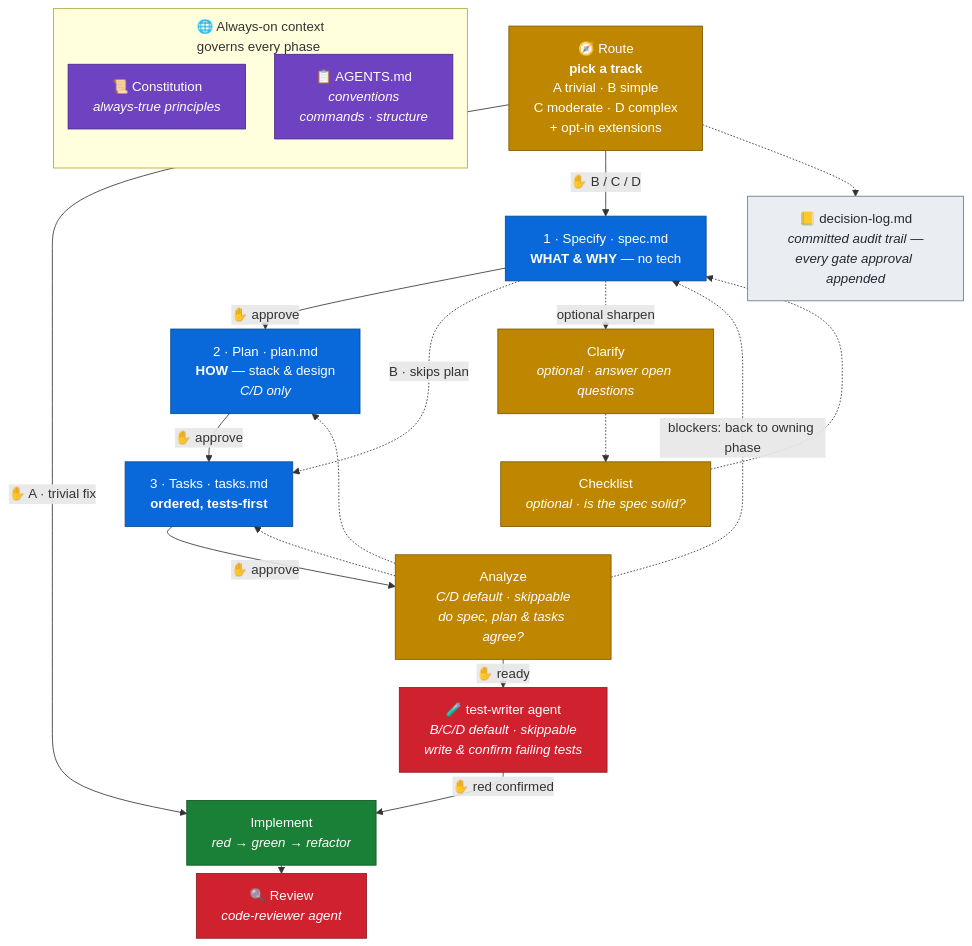
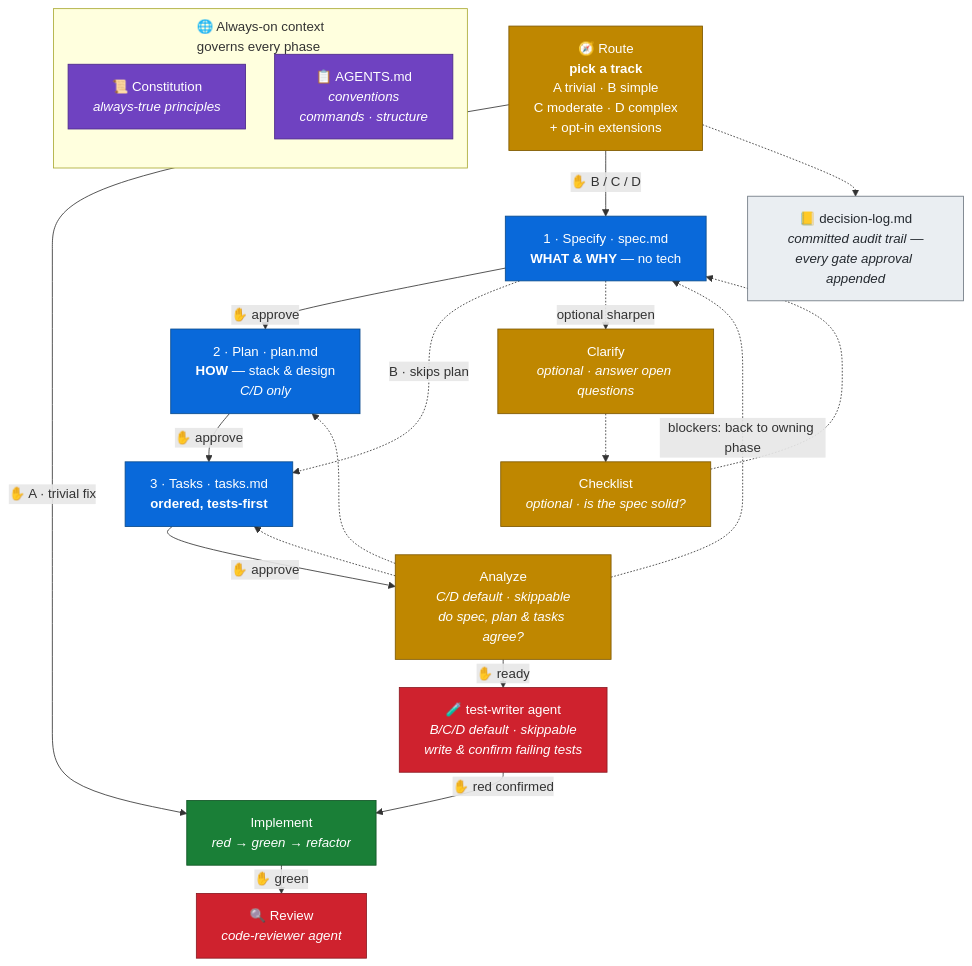
Before and after one commit to saptarshibasu/spec-driven-development: the first of 2 diagrams in README.md, drawn with Mermaid. The commit also changed other lines of this file, not shown here.

````diff
--- a/README.md
+++ b/README.md
@@ -26,40 +24,40 @@
 ```mermaid
 %%{init: {'flowchart': {'nodeSpacing': 50, 'rankSpacing': 10, 'subGraphTitleMargin': {'top': 10, 'bottom': 10}}}}%%
 flowchart TD
     subgraph CTX["🌐 Always-on context<br/>governs every phase"]
         direction LR
         K["📜 Constitution<br/><i>always-true principles</i>"]:::gov
         AGT["📋 AGENTS.md<br/><i>conventions<br/>commands · structure</i>"]:::gov
         K ~~~ AGT
     end
     RT["🧭 Route<br/><b>pick a track</b><br/>A trivial · B simple<br/>C moderate · D complex<br/>+ opt-in extensions"]:::gate
     S["1 · Specify · spec.md<br/><b>WHAT & WHY</b> — no tech"]:::phase
     CL["Clarify<br/><i>optional · answer open questions</i>"]:::gate
     CK["Checklist<br/><i>optional · is the spec solid?</i>"]:::gate
     P["2 · Plan · plan.md<br/><b>HOW</b> — stack & design<br/><i>C/D only</i>"]:::phase
     T["3 · Tasks · tasks.md<br/><b>ordered, tests-first</b>"]:::phase
     AN["Analyze<br/><i>C/D default · skippable<br/>do spec, plan & tasks agree?</i>"]:::gate
     TW["🧪 test-writer agent<br/><i>B/C/D default · skippable<br/>write & confirm failing tests</i>"]:::sensor
     I["Implement<br/><i>red → green → refactor</i>"]:::impl
     R["🔍 Review<br/><i>code-reviewer agent</i>"]:::sensor
     DL["📒 decision-log.md<br/><i>committed audit trail —<br/>every gate approval appended</i>"]:::audit
 
     RT -->|✋ A · trivial fix| I
     RT -->|✋ B / C / D| S
-    S -->|✋ approve| P -->|✋ approve| T -->|✋ approve| AN -->|✋ ready| TW -->|✋ red confirmed| I --> R
+    S -->|✋ approve| P -->|✋ approve| T -->|✋ approve| AN -->|✋ ready| TW -->|✋ red confirmed| I -->|✋ green| R
     S -. B · skips plan .-> T
     S -. optional sharpen .-> CL
     CL -.-> CK
     CK -.-> S
     AN -. "blockers: back to owning phase" .-> S
     AN -.-> P
     AN -.-> T
     RT -.-> DL
 
     classDef gov fill:#6f42c1,color:#fff,stroke:#4c2889
     classDef phase fill:#0969da,color:#fff,stroke:#0a4b8c
     classDef gate fill:#bf8700,color:#fff,stroke:#7d5800
     classDef impl fill:#1a7f37,color:#fff,stroke:#0f5323
     classDef sensor fill:#cf222e,color:#fff,stroke:#8b1a22
     classDef audit fill:#eaeef2,color:#24292f,stroke:#6e7781
 ```
````
